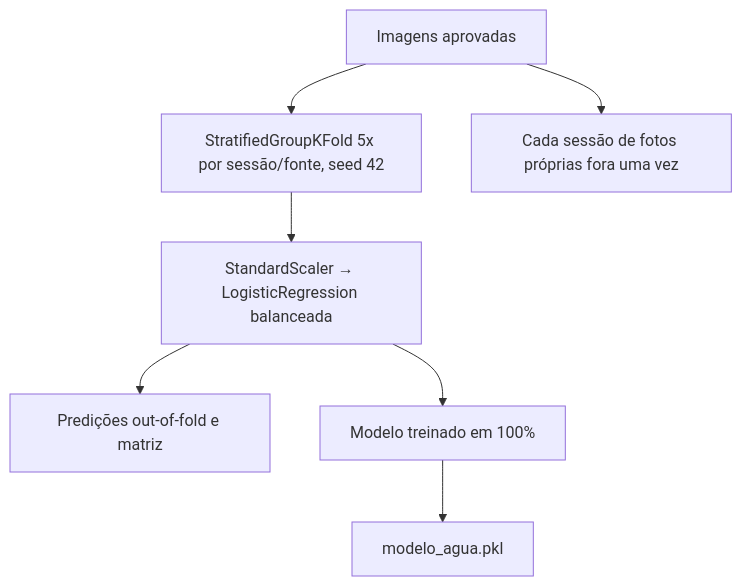
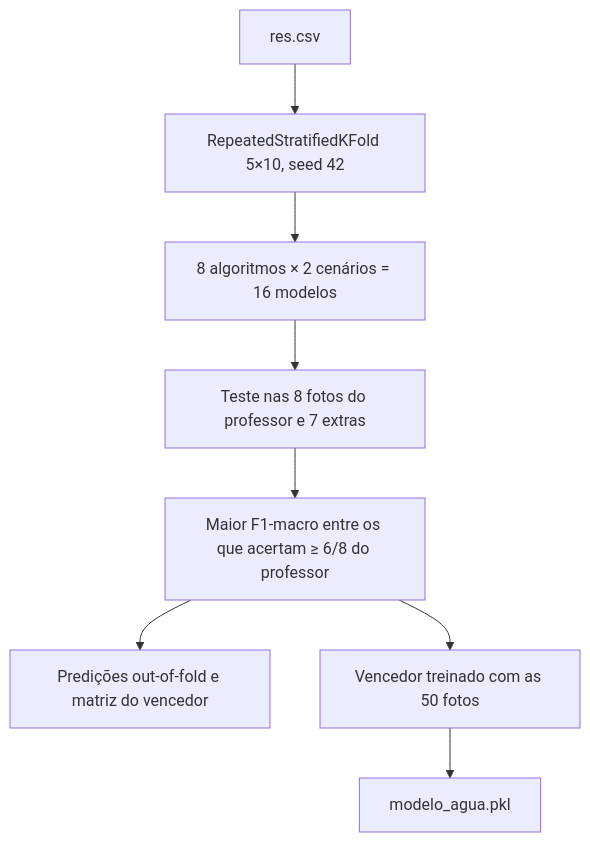
Before and after one commit to PedroArlyx/water-clarity-classifier: the third of 6 diagrams in docs/ARQUITETURA.md, drawn with Mermaid. The commit also changed other lines of this file and 41 other files, not shown here.

Commit message:
feat: adicao do modelo treinado no nootboke do colab Naive Bayes

````diff
--- a/docs/ARQUITETURA.md
+++ b/docs/ARQUITETURA.md
@@ -33,9 +32,10 @@
 ```mermaid
 flowchart TD
-    X[Imagens aprovadas] --> CV[StratifiedGroupKFold 5x por sessão/fonte, seed 42]
-    CV --> P[StandardScaler → LogisticRegression balanceada]
-    X --> LOSO[Cada sessão de fotos próprias fora uma vez]
-    P --> OOF[Predições out-of-fold e matriz]
-    P --> FINAL[Modelo treinado em 100%]
+    X[res.csv] --> CV[RepeatedStratifiedKFold 5×10, seed 42]
+    CV --> M16[8 algoritmos × 2 cenários = 16 modelos]
+    M16 --> PROF[Teste nas 8 fotos do professor e 7 extras]
+    PROF --> SEL[Maior F1-macro entre os que acertam ≥ 6/8 do professor]
+    SEL --> OOF[Predições out-of-fold e matriz do vencedor]
+    SEL --> FINAL[Vencedor treinado com as 50 fotos]
     FINAL --> ART[modelo_agua.pkl]
 ```
````
